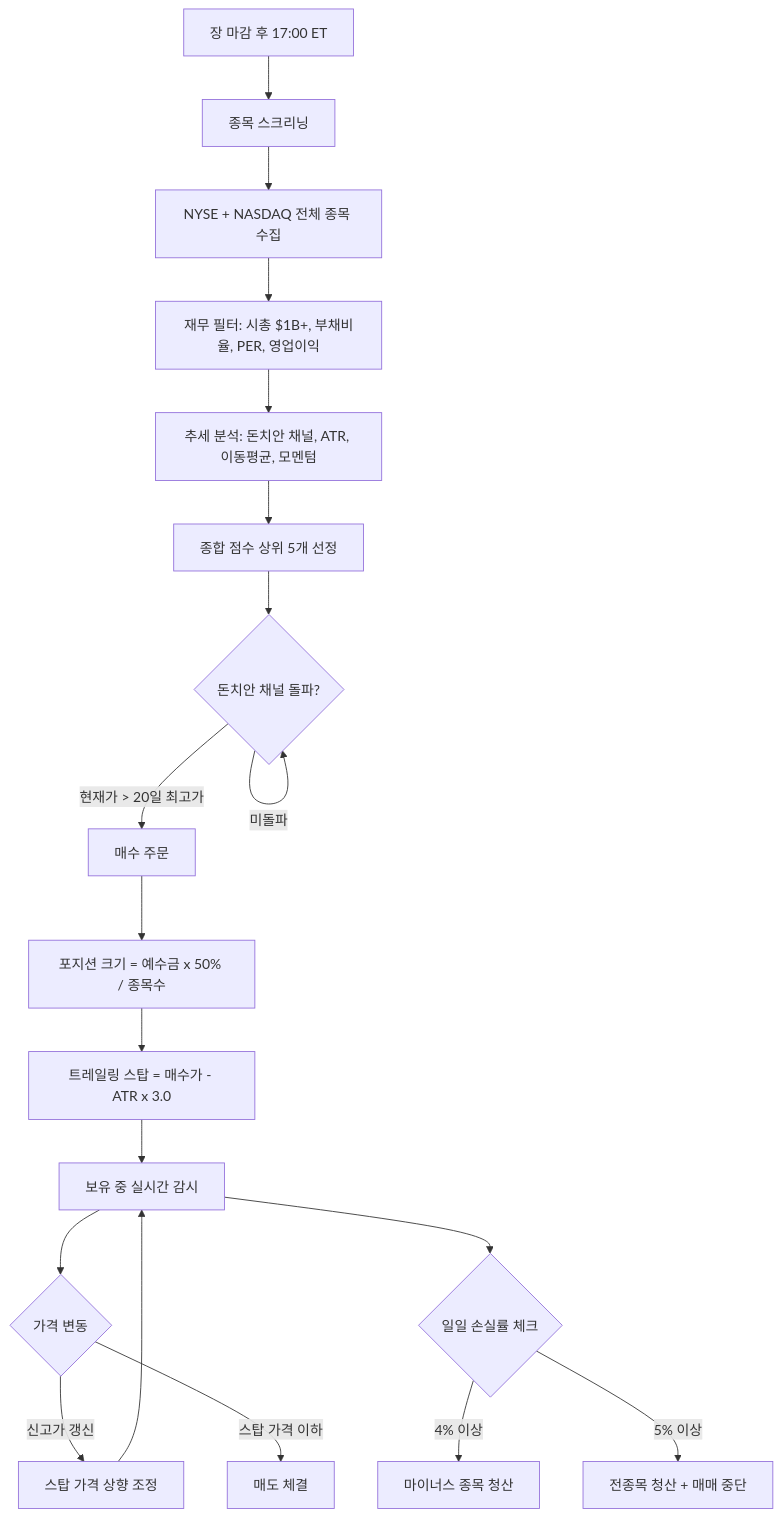
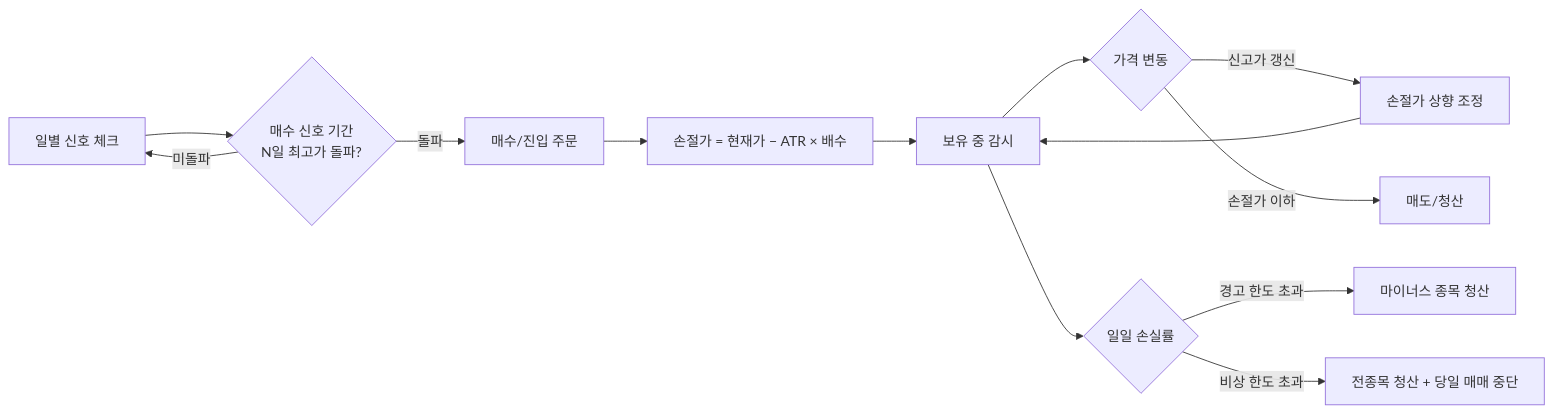
Before and after one commit to programgarden/offline_class_20250405: the second of 2 diagrams in README.md, drawn with Mermaid. The commit also changed other lines of this file, not shown here.

````diff
--- a/README.md
+++ b/README.md
@@ -52,25 +59,14 @@
 ```mermaid
-flowchart TD
-    A[장 마감 후 17:00 ET] --> B[종목 스크리닝]
-    B --> B1[NYSE + NASDAQ 전체 종목 수집]
-    B1 --> B2[재무 필터: 시총 $1B+, 부채비율, PER, 영업이익]
-    B2 --> B3[추세 분석: 돈치안 채널, ATR, 이동평균, 모멘텀]
-    B3 --> B4[종합 점수 상위 5개 선정]
-    B4 --> C{돈치안 채널 돌파?}
-
-    C -->|현재가 > 20일 최고가| D[매수 주문]
-    C -->|미돌파| C
-
-    D --> D1[포지션 크기 = 예수금 x 50% / 종목수]
-    D1 --> D2[트레일링 스탑 = 매수가 - ATR x 3.0]
-    D2 --> E[보유 중 실시간 감시]
-
+flowchart LR
+    A[일별 신호 체크] --> B{매수 신호 기간<br/>N일 최고가 돌파?}
+    B -->|돌파| C[매수/진입 주문]
+    B -->|미돌파| A
+    C --> D[손절가 = 현재가 − ATR × 배수]
+    D --> E[보유 중 감시]
     E --> F{가격 변동}
-    F -->|신고가 갱신| G[스탑 가격 상향 조정]
-    G --> E
-    F -->|스탑 가격 이하| H[매도 체결]
-
-    E --> I{일일 손실률 체크}
-    I -->|4% 이상| J[마이너스 종목 청산]
-    I -->|5% 이상| K[전종목 청산 + 매매 중단]
+    F -->|신고가 갱신| G[손절가 상향 조정] --> E
+    F -->|손절가 이하| H[매도/청산]
+    E --> I{일일 손실률}
+    I -->|경고 한도 초과| J[마이너스 종목 청산]
+    I -->|비상 한도 초과| K[전종목 청산 + 당일 매매 중단]
 ```
````
